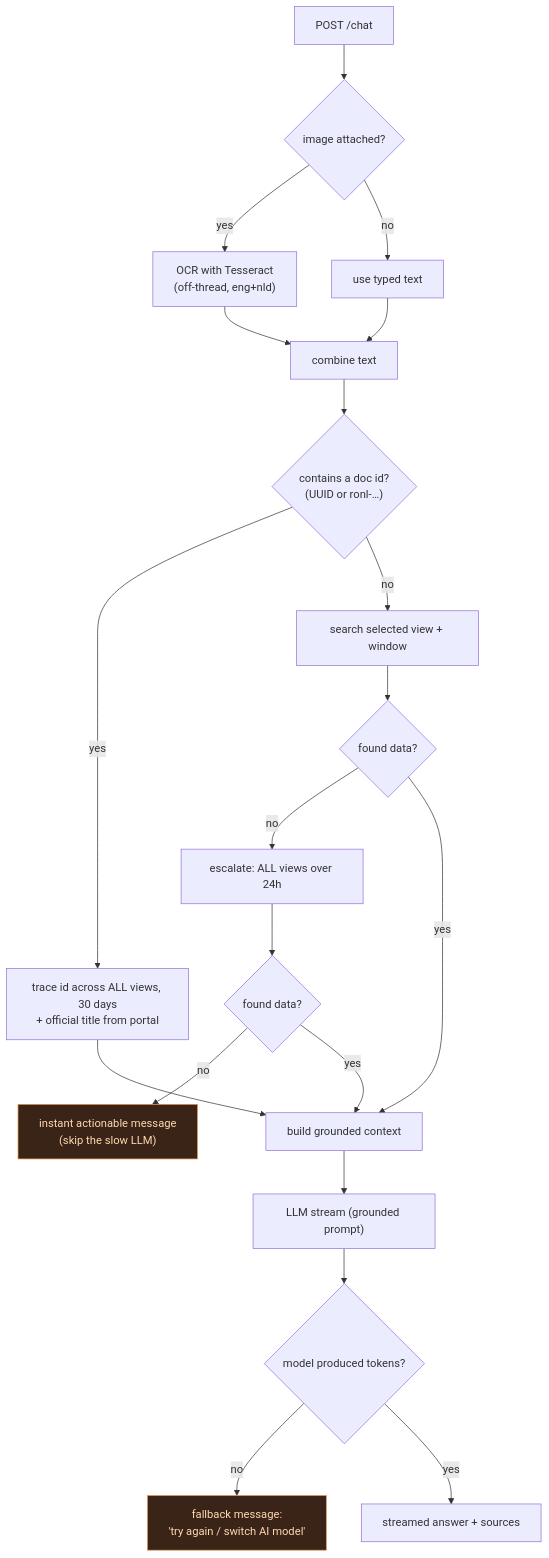
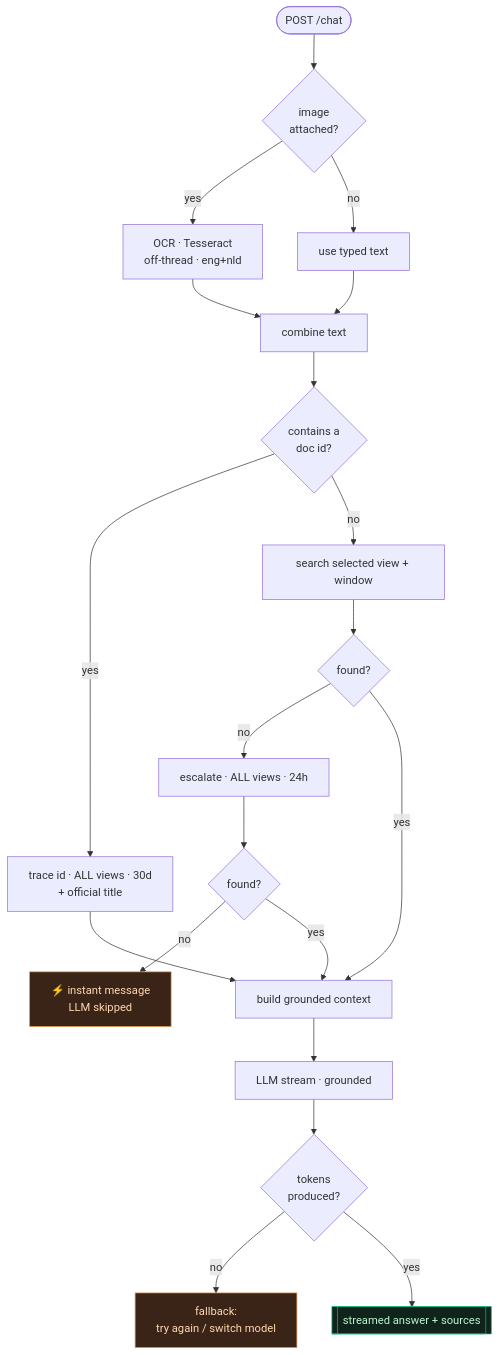
One commit to virimbo/kibana-oo changed the fourth of 8 diagrams in docs/KIBANA-OO/Architecture.md. Above: the diagram before and after it, drawn with Mermaid. The commit also changed other lines of this file, not shown here.

First line of the commit message:
docs(architecture): polish — themed diagrams, resilience + triage, quality scorecard

````diff
--- a/docs/KIBANA-OO/Architecture.md
+++ b/docs/KIBANA-OO/Architecture.md
@@ -149,27 +164,29 @@
 ```mermaid
 flowchart TD
-    A["POST /chat"] --> B{"image attached?"}
-    B -->|yes| C["OCR with Tesseract<br/>(off-thread, eng+nld)"]
-    B -->|no| D["use typed text"]
-    C --> E["combine text"]
+    A([POST /chat]) --> B{image<br/>attached?}
+    B -->|yes| C["OCR · Tesseract<br/>off-thread · eng+nld"]
+    B -->|no| D[use typed text]
+    C --> E[combine text]
     D --> E
-    E --> F{"contains a doc id?<br/>(UUID or ronl-…)"}
+    E --> F{contains a<br/>doc id?}
 
-    F -->|yes| G["trace id across ALL views, 30 days<br/>+ official title from portal"]
-    F -->|no| H["search selected view + window"]
-    H --> I{"found data?"}
-    I -->|no| J["escalate: ALL views over 24h"]
-    I -->|yes| K["build grounded context"]
-    J --> L{"found data?"}
-    L -->|no| M["instant actionable message<br/>(skip the slow LLM)"]
+    F -->|yes| G["trace id · ALL views · 30d<br/>+ official title"]
+    F -->|no| H[search selected view + window]
+    H --> I{found?}
+    I -->|no| J["escalate · ALL views · 24h"]
+    I -->|yes| K[build grounded context]
+    J --> L{found?}
+    L -->|no| M["⚡ instant message<br/>LLM skipped"]
     L -->|yes| K
     G --> K
 
-    K --> N["LLM stream (grounded prompt)"]
-    N --> O{"model produced tokens?"}
-    O -->|no| P["fallback message:<br/>'try again / switch AI model'"]
-    O -->|yes| Q["streamed answer + sources"]
+    K --> N[LLM stream · grounded]
+    N --> O{tokens<br/>produced?}
+    O -->|no| P["fallback:<br/>try again / switch model"]
+    O -->|yes| Q[[streamed answer + sources]]
 
     classDef warn fill:#3a2418,stroke:#e3934d,color:#ffd9b0;
+    classDef ok fill:#10241c,stroke:#10b981,color:#bbf7d0;
     class M,P warn;
+    class Q ok;
 ```
````
